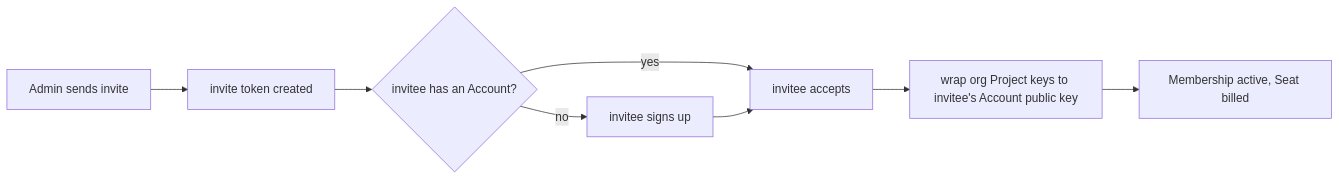
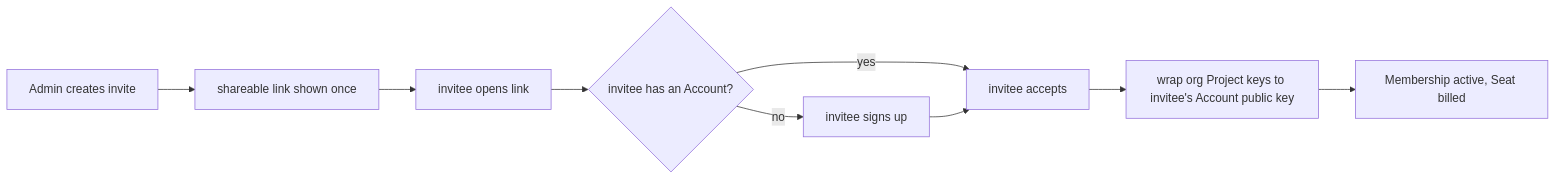
The diagram in docs/business_processes/org-seat-management.md (cognos-io/chat.cognos.io), drawn with Mermaid before and after one commit. The commit also changed other lines of this file and 82 other files, not shown here.

Commit message:
feat(tests): expand persona tests and fix invite link for orgs

````diff
--- a/docs/business_processes/org-seat-management.md
+++ b/docs/business_processes/org-seat-management.md
@@ -21,10 +24,11 @@
 ```mermaid
 flowchart LR
-  A[Admin sends invite] --> B[invite token created]
-  B --> C{invitee has an Account?}
-  C -- no --> D[invitee signs up]
-  C -- yes --> E[invitee accepts]
-  D --> E
-  E --> F[wrap org Project keys to invitee's Account public key]
-  F --> G[Membership active, Seat billed]
+  A[Admin creates invite] --> B[shareable link shown once]
+  B --> C[invitee opens link]
+  C --> D{invitee has an Account?}
+  D -- no --> E[invitee signs up]
+  D -- yes --> F[invitee accepts]
+  E --> F
+  F --> G[wrap org Project keys to invitee's Account public key]
+  G --> H[Membership active, Seat billed]
 ```
````
